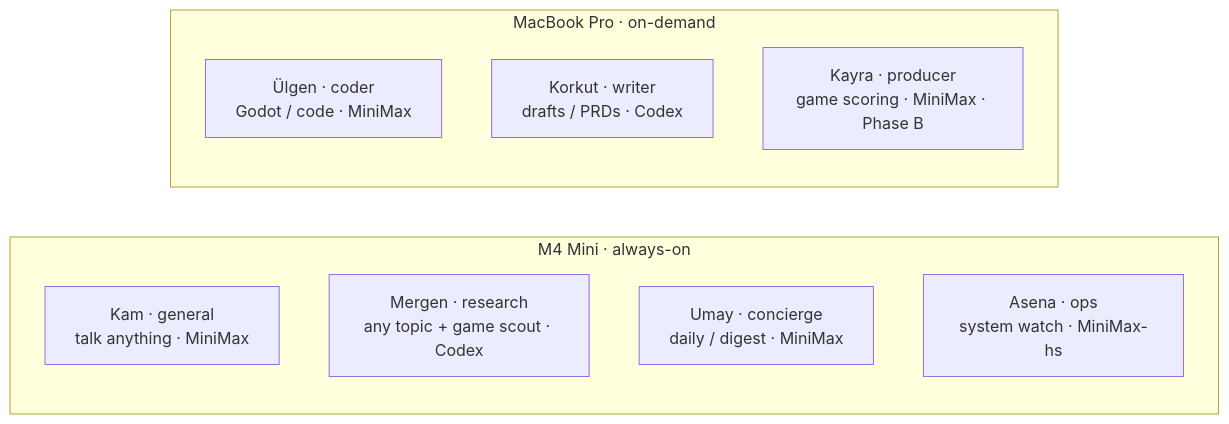
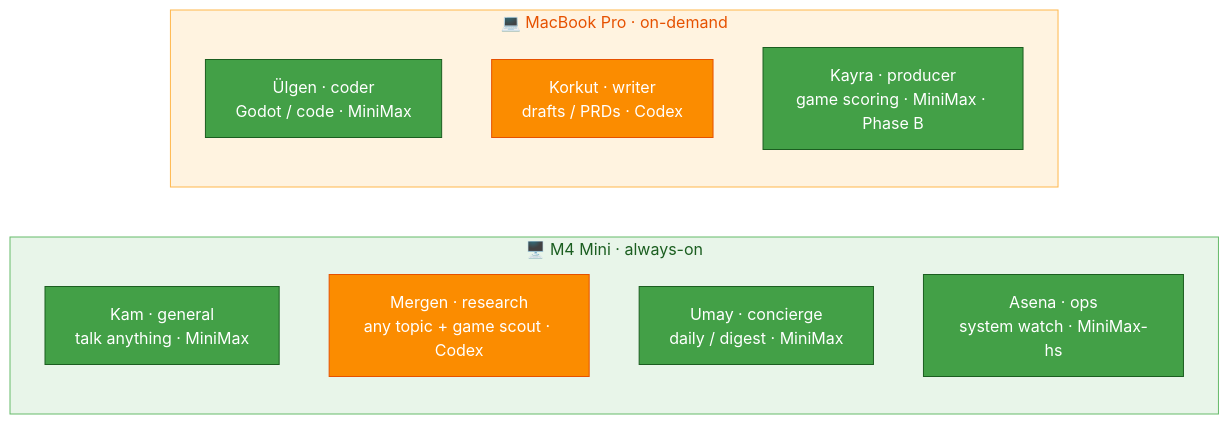
Before and after one commit to mpolatcan/hermes-setup: the diagram in docs/02-agents.md, drawn with Mermaid. The commit also changed 8 other files, not shown here.

First line of the commit message:
docs: Material Design styling on all diagrams + ASCII→mermaid

````diff
--- a/docs/02-agents.md
+++ b/docs/02-agents.md
@@ -7,14 +7,18 @@
 ```mermaid
 flowchart LR
-    subgraph Mini["M4 Mini · always-on"]
-        Kam["Kam · general<br/>talk anything · MiniMax"]
-        Mergen["Mergen · research<br/>any topic + game scout · Codex"]
-        Umay["Umay · concierge<br/>daily / digest · MiniMax"]
-        Asena["Asena · ops<br/>system watch · MiniMax-hs"]
+    subgraph Mini["🖥️ M4 Mini · always-on"]
+        Kam["Kam · general<br/>talk anything · MiniMax"]:::mini
+        Mergen["Mergen · research<br/>any topic + game scout · Codex"]:::codex
+        Umay["Umay · concierge<br/>daily / digest · MiniMax"]:::mini
+        Asena["Asena · ops<br/>system watch · MiniMax-hs"]:::mini
     end
-    subgraph MBP["MacBook Pro · on-demand"]
-        Ulgen["Ülgen · coder<br/>Godot / code · MiniMax"]
-        Korkut["Korkut · writer<br/>drafts / PRDs · Codex"]
-        Kayra["Kayra · producer<br/>game scoring · MiniMax · Phase B"]
+    subgraph MBP["💻 MacBook Pro · on-demand"]
+        Ulgen["Ülgen · coder<br/>Godot / code · MiniMax"]:::mini
+        Korkut["Korkut · writer<br/>drafts / PRDs · Codex"]:::codex
+        Kayra["Kayra · producer<br/>game scoring · MiniMax · Phase B"]:::mini
     end
+    classDef mini fill:#43A047,stroke:#1B5E20,color:#fff
+    classDef codex fill:#FB8C00,stroke:#E65100,color:#fff
+    style Mini fill:#E8F5E9,stroke:#66BB6A,color:#1B5E20
+    style MBP fill:#FFF3E0,stroke:#FFB74D,color:#E65100
 ```
````
